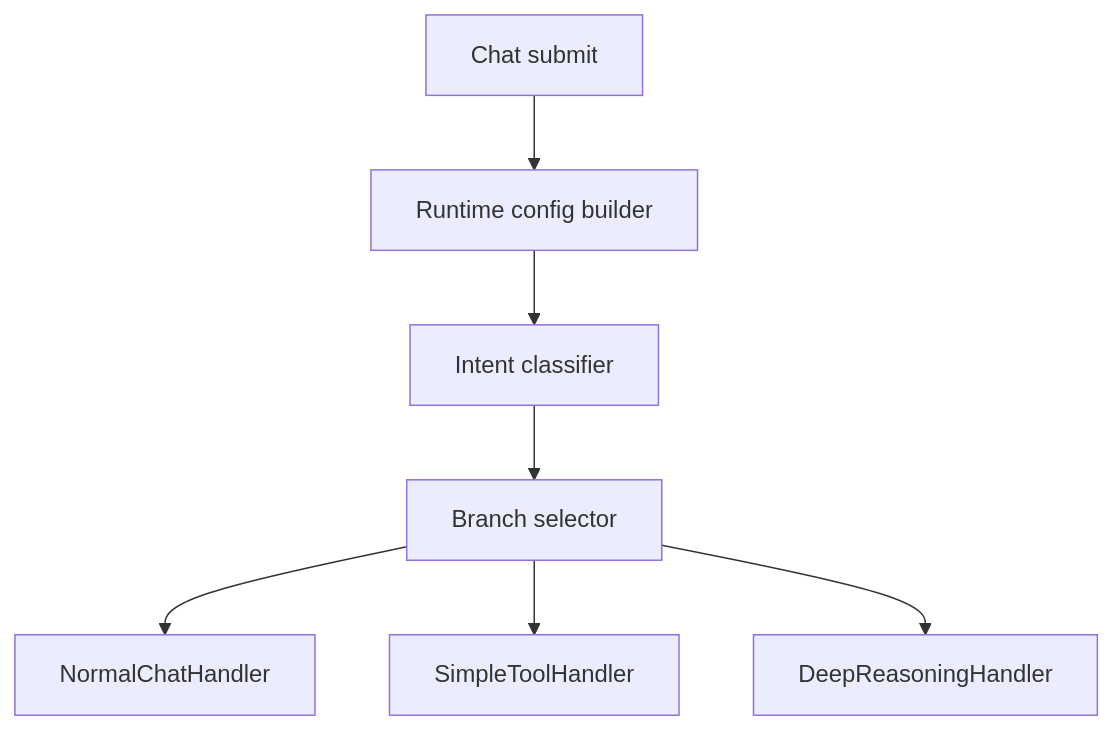
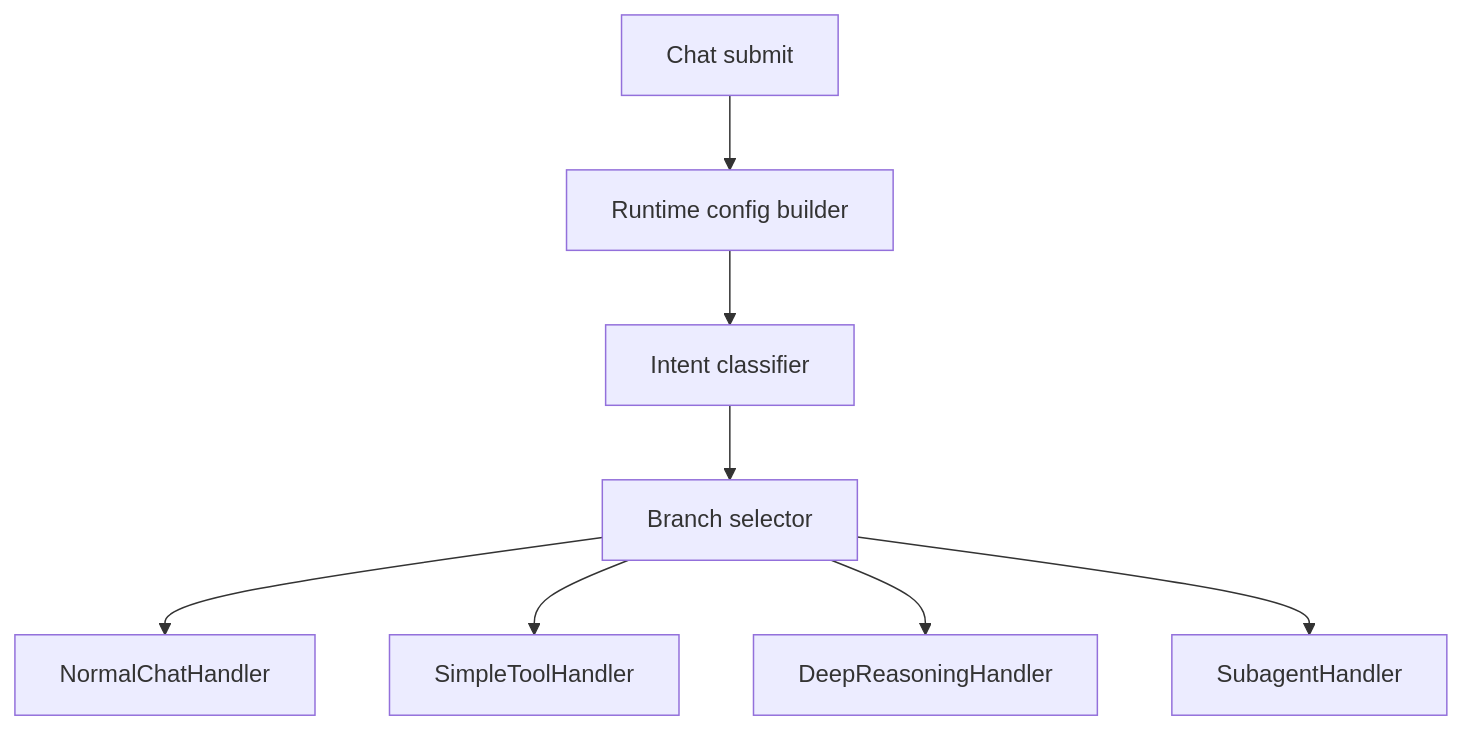
One commit to quareth/drowAI changed the first of 6 diagrams in docs/architecture/langgraph-graph-architecture.md. Above: the diagram before and after it, drawn with Mermaid. The commit also changed other lines of this file and 371 other files, not shown here.

````diff
--- a/docs/architecture/langgraph-graph-architecture.md
+++ b/docs/architecture/langgraph-graph-architecture.md
@@ -75,17 +102,19 @@
 ```mermaid
 flowchart TD
     ChatAPI[Chat submit]
     Context[Runtime config builder]
     Intent[Intent classifier]
     Selector[Branch selector]
     Normal[NormalChatHandler]
     Simple[SimpleToolHandler]
     Deep[DeepReasoningHandler]
+    Subagent[SubagentHandler]
 
     ChatAPI --> Context
     Context --> Intent
     Intent --> Selector
     Selector --> Normal
     Selector --> Simple
     Selector --> Deep
+    Selector --> Subagent
 ```
````
